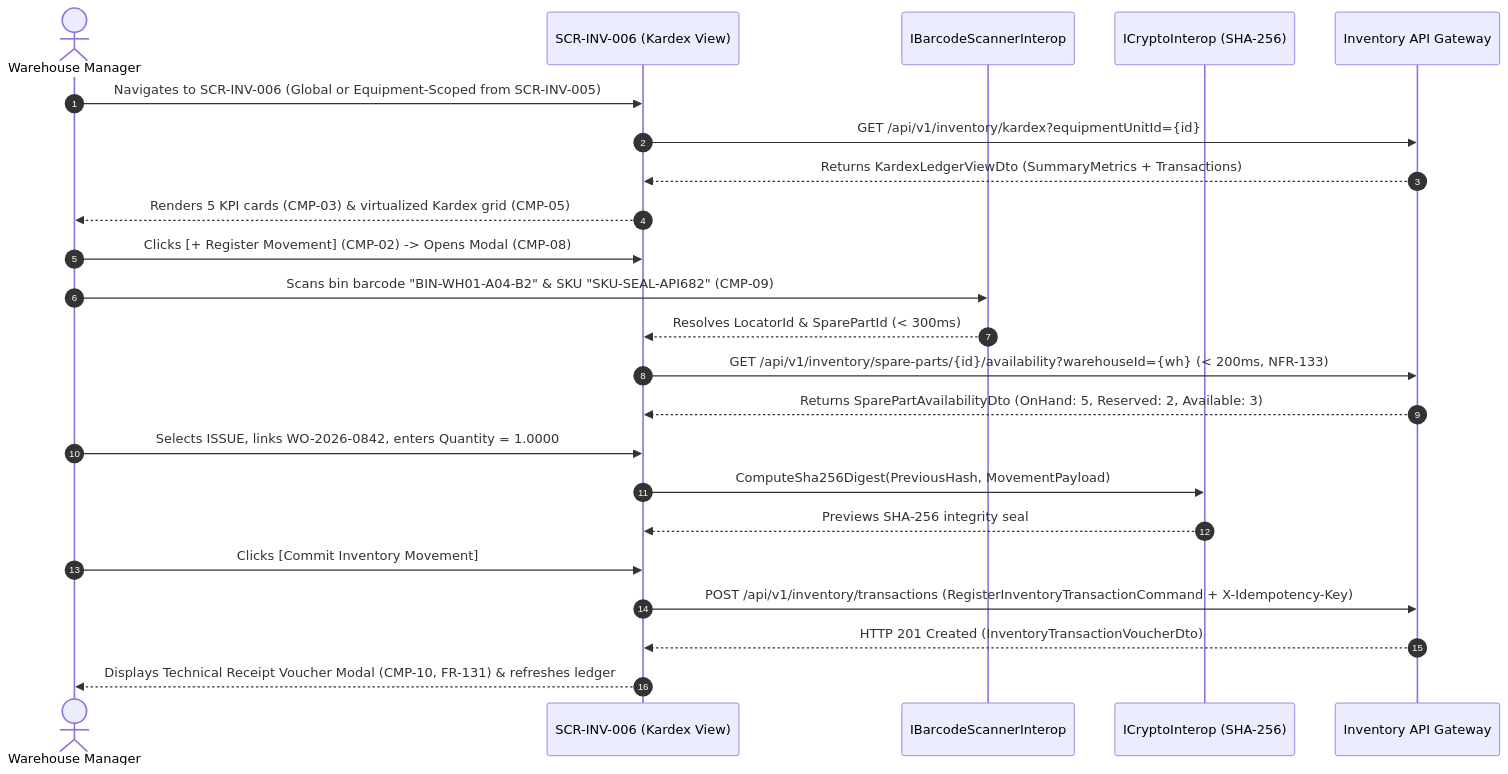
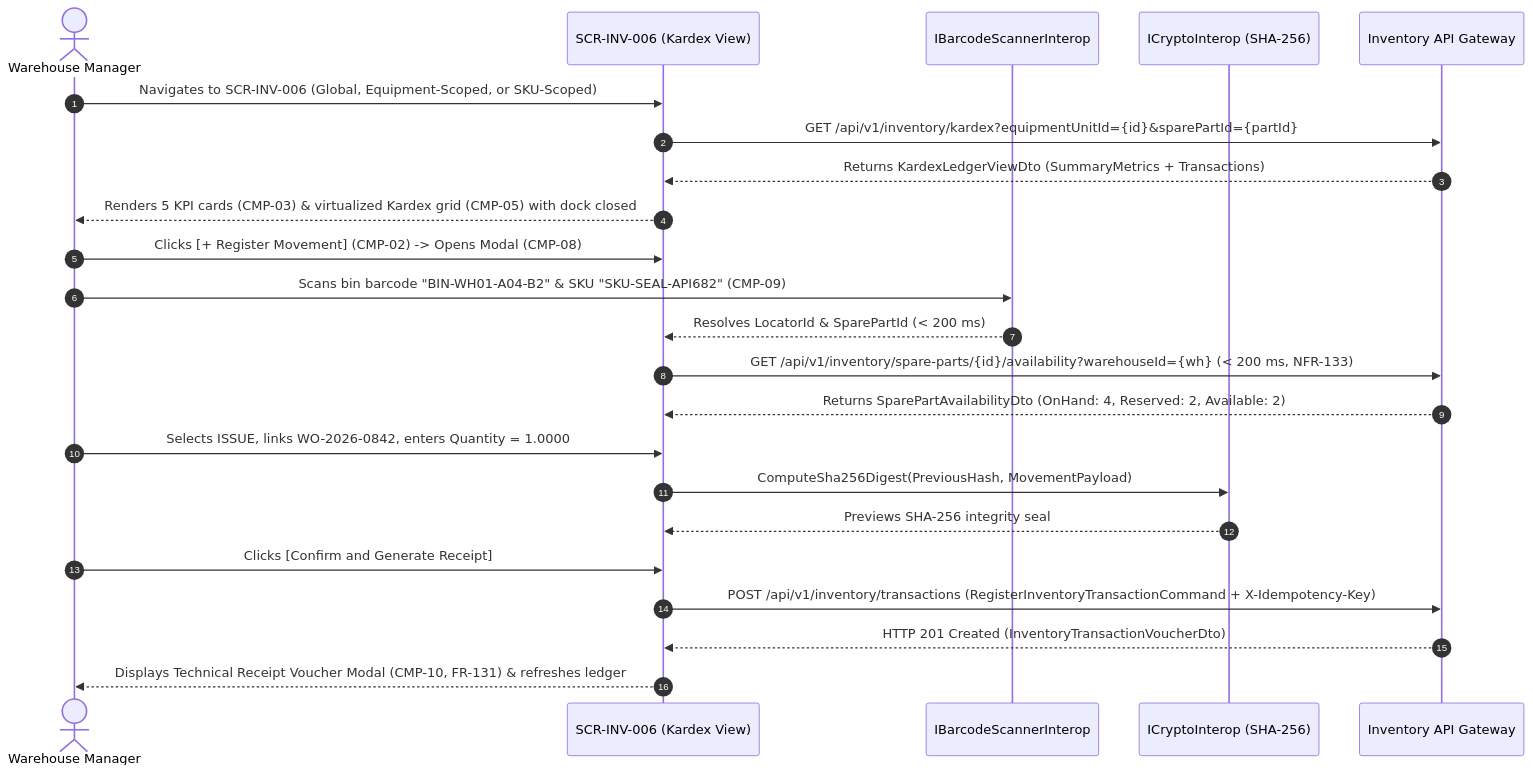
Before and after one commit to Novav20/adso-dteam-docs: the diagram in ui-ux/screens/inv/SCR-INV-006.md, drawn with Mermaid. The commit also changed other lines of this file and 8 other files, not shown here.

First line of the commit message:
docs(inv): lock SCR-INV-031 and SCR-INV-006 as Gold Standard screens

````diff
--- a/ui-ux/screens/inv/SCR-INV-006.md
+++ b/ui-ux/screens/inv/SCR-INV-006.md
@@ -221,26 +243,26 @@
 ```mermaid
 sequenceDiagram
     autonumber
     actor WM as Warehouse Manager
     participant UI as SCR-INV-006 (Kardex View)
     participant Scanner as IBarcodeScannerInterop
     participant Crypto as ICryptoInterop (SHA-256)
     participant API as Inventory API Gateway
 
-    WM->>UI: Navigates to SCR-INV-006 (Global or Equipment-Scoped from SCR-INV-005)
-    UI->>API: GET /api/v1/inventory/kardex?equipmentUnitId={id}
+    WM->>UI: Navigates to SCR-INV-006 (Global, Equipment-Scoped, or SKU-Scoped)
+    UI->>API: GET /api/v1/inventory/kardex?equipmentUnitId={id}&sparePartId={partId}
     API-->>UI: Returns KardexLedgerViewDto (SummaryMetrics + Transactions)
-    UI-->>WM: Renders 5 KPI cards (CMP-03) & virtualized Kardex grid (CMP-05)
+    UI-->>WM: Renders 5 KPI cards (CMP-03) & virtualized Kardex grid (CMP-05) with dock closed
     WM->>UI: Clicks [+ Register Movement] (CMP-02) -> Opens Modal (CMP-08)
     WM->>Scanner: Scans bin barcode "BIN-WH01-A04-B2" & SKU "SKU-SEAL-API682" (CMP-09)
-    Scanner-->>UI: Resolves LocatorId & SparePartId (< 300ms)
-    UI->>API: GET /api/v1/inventory/spare-parts/{id}/availability?warehouseId={wh} (< 200ms, NFR-133)
-    API-->>UI: Returns SparePartAvailabilityDto (OnHand: 5, Reserved: 2, Available: 3)
+    Scanner-->>UI: Resolves LocatorId & SparePartId (< 200 ms)
+    UI->>API: GET /api/v1/inventory/spare-parts/{id}/availability?warehouseId={wh} (< 200 ms, NFR-133)
+    API-->>UI: Returns SparePartAvailabilityDto (OnHand: 4, Reserved: 2, Available: 2)
     WM->>UI: Selects ISSUE, links WO-2026-0842, enters Quantity = 1.0000
     UI->>Crypto: ComputeSha256Digest(PreviousHash, MovementPayload)
     Crypto-->>UI: Previews SHA-256 integrity seal
-    WM->>UI: Clicks [Commit Inventory Movement]
+    WM->>UI: Clicks [Confirm and Generate Receipt]
     UI->>API: POST /api/v1/inventory/transactions (RegisterInventoryTransactionCommand + X-Idempotency-Key)
     API-->>UI: HTTP 201 Created (InventoryTransactionVoucherDto)
     UI-->>WM: Displays Technical Receipt Voucher Modal (CMP-10, FR-131) & refreshes ledger
 ```
````
